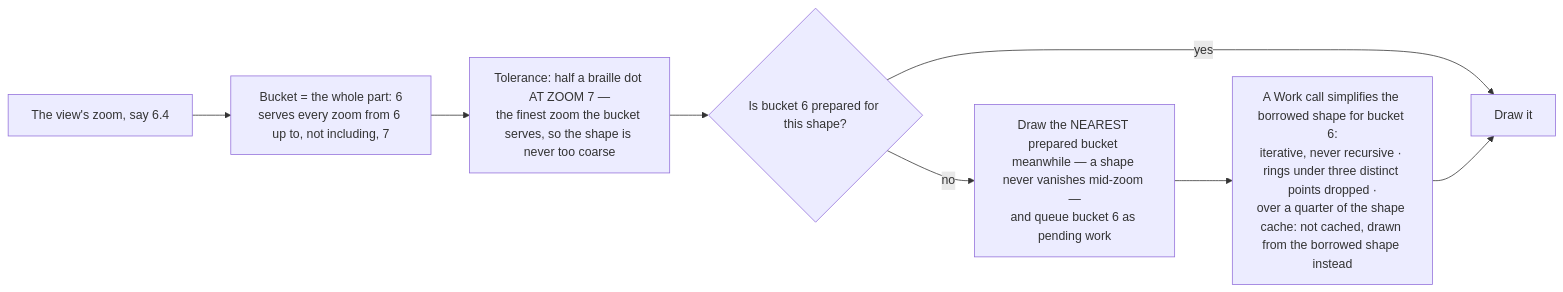
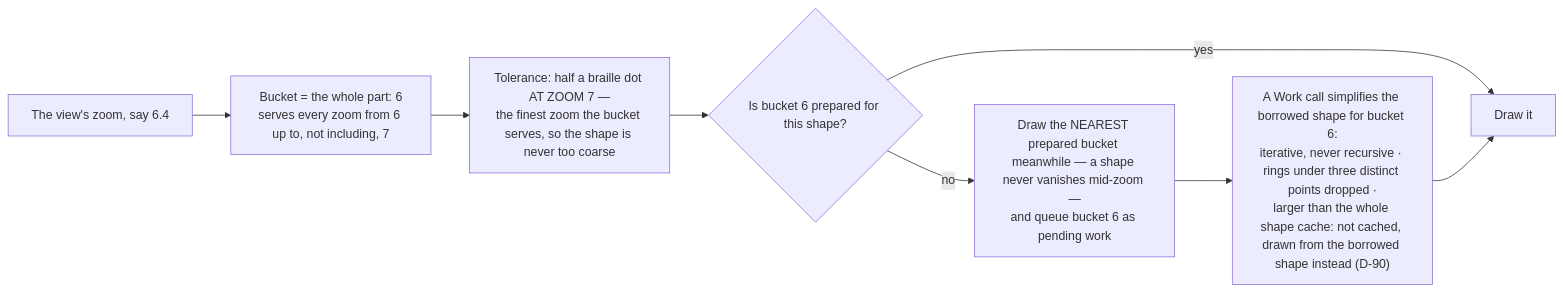
One commit to branden-thompson/go-tuimaps changed the first of 2 diagrams in 06_docs/02_features/go-tuimaps/03-architecture-design/L2-view.md. Above: the diagram before and after it, drawn with Mermaid. The commit also changed 14 other files, not shown here.

````diff
--- a/06_docs/02_features/go-tuimaps/03-architecture-design/L2-view.md
+++ b/06_docs/02_features/go-tuimaps/03-architecture-design/L2-view.md
@@ -7,10 +7,10 @@
 ```mermaid
 flowchart LR
     Z["The view's zoom, say 6.4"] --> B["Bucket = the whole part: 6<br/>serves every zoom from 6 up to, not including, 7"]
     B --> T["Tolerance: half a braille dot AT ZOOM 7 —<br/>the finest zoom the bucket serves, so the shape is never too coarse"]
     T --> HAVE{"Is bucket 6 prepared for this shape?"}
     HAVE -- yes --> DRAW["Draw it"]
     HAVE -- no --> NEAR["Draw the NEAREST prepared bucket meanwhile — a shape never vanishes mid-zoom —<br/>and queue bucket 6 as pending work"]
-    NEAR --> PREP["A Work call simplifies the borrowed shape for bucket 6:<br/>iterative, never recursive · rings under three distinct points dropped ·<br/>over a quarter of the shape cache: not cached, drawn from the borrowed shape instead"]
+    NEAR --> PREP["A Work call simplifies the borrowed shape for bucket 6:<br/>iterative, never recursive · rings under three distinct points dropped ·<br/>larger than the whole shape cache: not cached, drawn from the borrowed shape instead (D-90)"]
     PREP --> DRAW
 ```
````
